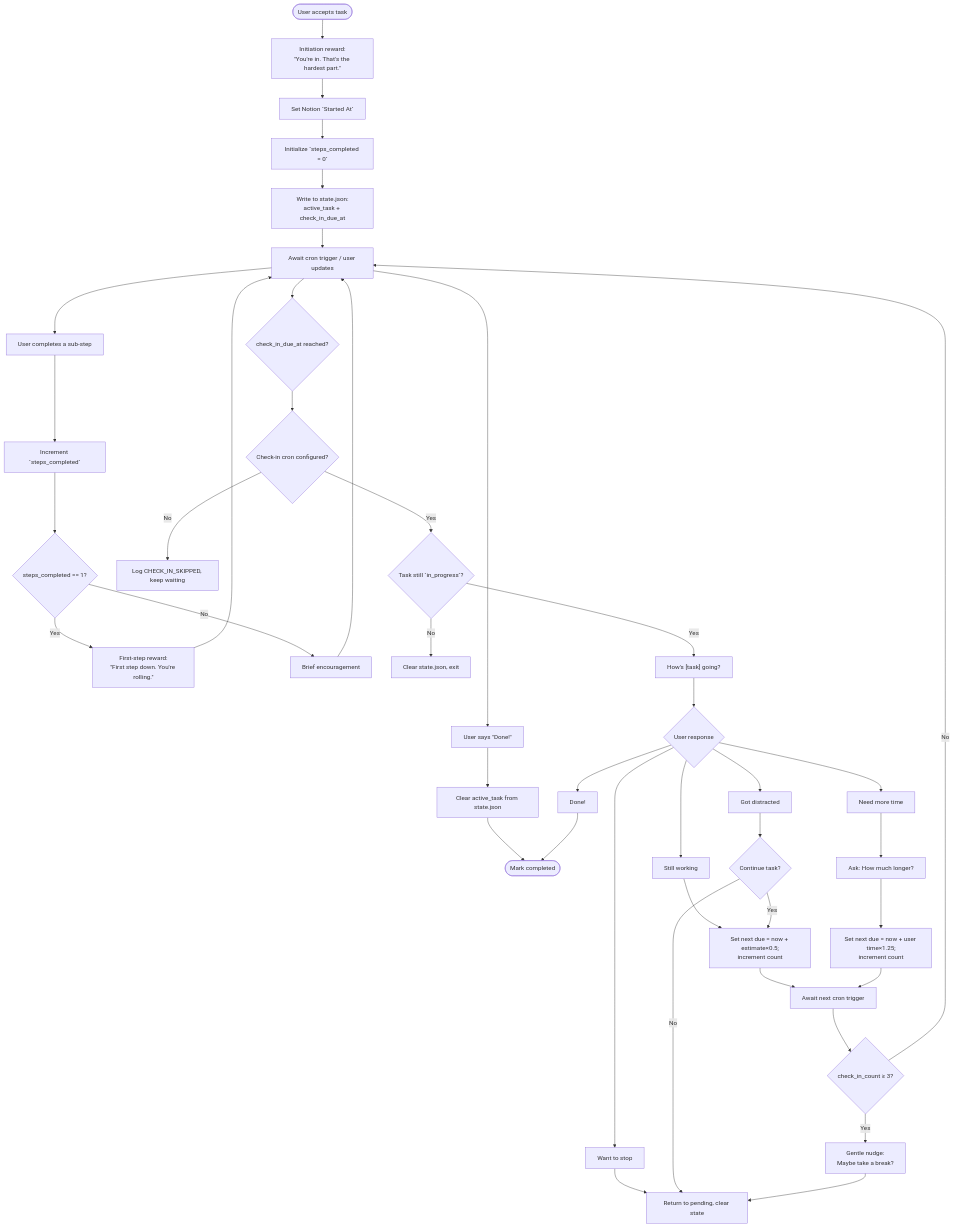
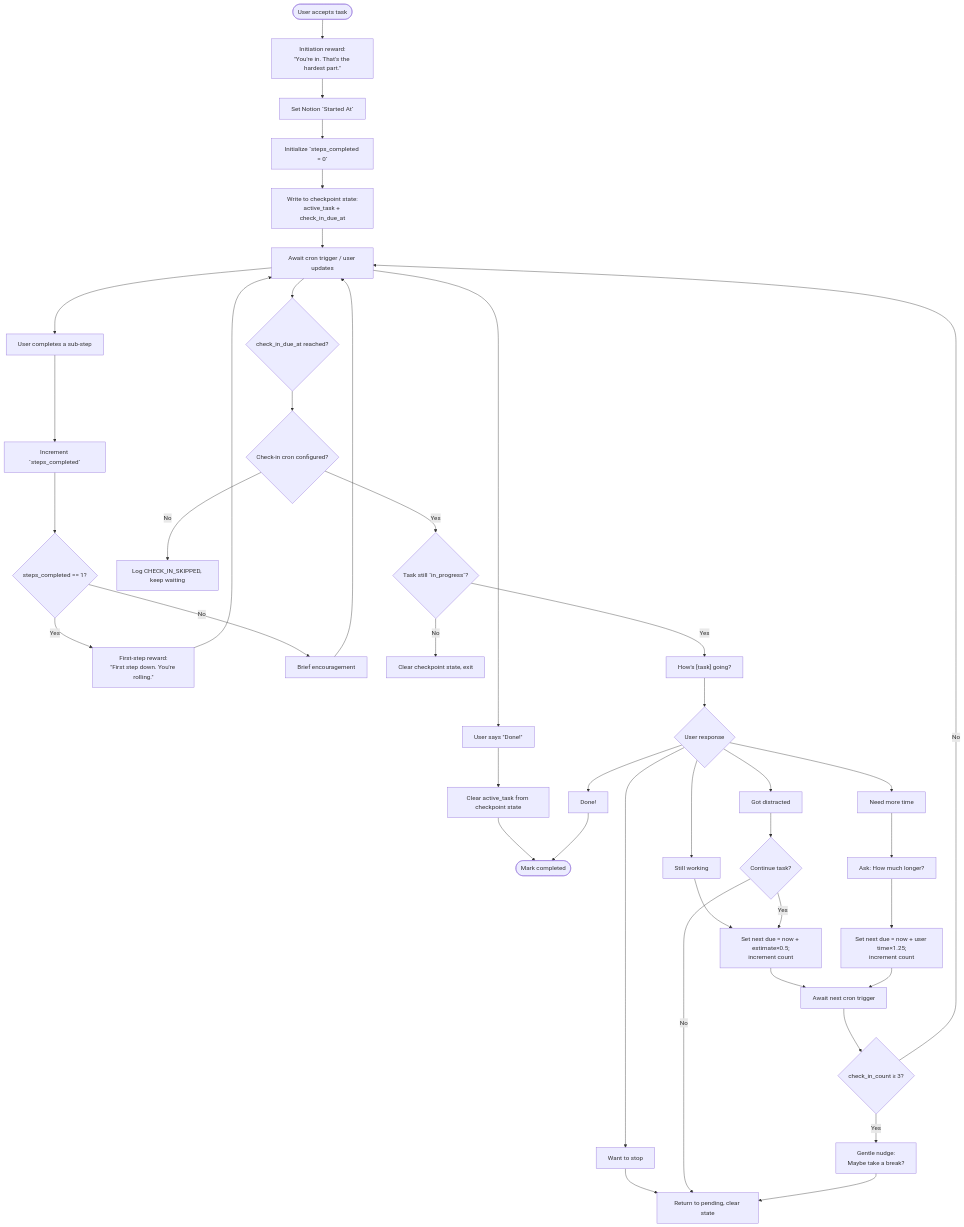
Diagram 16 of 29 in docs/task-lifecycle.md (NickBorgersProbably/hide-my-list), drawn with Mermaid before and after one commit. The commit also changed other lines of this file and 34 other files, not shown here.

````diff
--- a/docs/task-lifecycle.md
+++ b/docs/task-lifecycle.md
@@ -474,54 +474,54 @@
 ```mermaid
 flowchart TD
     Accept([User accepts task]) --> InitReward["Initiation reward:<br/>#quot;You're in. That's the hardest part.#quot;"]
     InitReward --> SetStarted[Set Notion `Started At`]
     SetStarted --> InitSteps[Initialize `steps_completed = 0`]
-    InitSteps --> RecordState[Write to state.json:<br/>active_task + check_in_due_at]
+    InitSteps --> RecordState[Write to checkpoint state:<br/>active_task + check_in_due_at]
     RecordState --> Wait[Await cron trigger / user updates]
 
     Wait --> TimerFires{check_in_due_at reached?}
     Wait --> UserDone["User says #quot;Done!#quot;"]
     Wait --> StepDone[User completes a sub-step]
 
     StepDone --> IncrSteps[Increment `steps_completed`]
     IncrSteps --> IsFirst{steps_completed == 1?}
     IsFirst -->|Yes| FirstReward["First-step reward:<br/>#quot;First step down. You're rolling.#quot;"]
     IsFirst -->|No| Brief[Brief encouragement]
     FirstReward --> Wait
     Brief --> Wait
 
-    UserDone --> ClearState[Clear active_task from state.json]
+    UserDone --> ClearState[Clear active_task from checkpoint state]
     ClearState --> Complete([Mark completed])
 
     TimerFires --> CheckConfigured{Check-in cron configured?}
     CheckConfigured -->|No| Skip[Log CHECK_IN_SKIPPED, keep waiting]
     CheckConfigured -->|Yes| ConfirmStatus{Task still `in_progress`?}
 
-    ConfirmStatus -->|No| Cleanup[Clear state.json, exit]
+    ConfirmStatus -->|No| Cleanup[Clear checkpoint state, exit]
     ConfirmStatus -->|Yes| AskUser["How's [task] going?"]
 
     AskUser --> Response{User response}
 
     Response --> Done["Done!"]
     Response --> Working["Still working"]
     Response --> Distracted["Got distracted"]
     Response --> NeedMore["Need more time"]
     Response --> Abandon["Want to stop"]
 
     Done --> Complete
     Working --> ResetHalf[Set next due = now + estimate×0.5;<br/>increment count]
     Distracted --> Decide{Continue task?}
     NeedMore --> AskHow["Ask: How much longer?"]
     Abandon --> ReturnQueue[Return to pending, clear state]
 
     Decide -->|Yes| ResetHalf
     Decide -->|No| ReturnQueue
 
     AskHow --> UpdateDue[Set next due = now + user time×1.25;<br/>increment count]
     ResetHalf --> Wait2[Await next cron trigger]
     UpdateDue --> Wait2
 
     Wait2 --> CheckCount{check_in_count ≥ 3?}
     CheckCount -->|Yes| Gentle["Gentle nudge:<br/>Maybe take a break?"] --> ReturnQueue
     CheckCount -->|No| Wait
 ```
````
